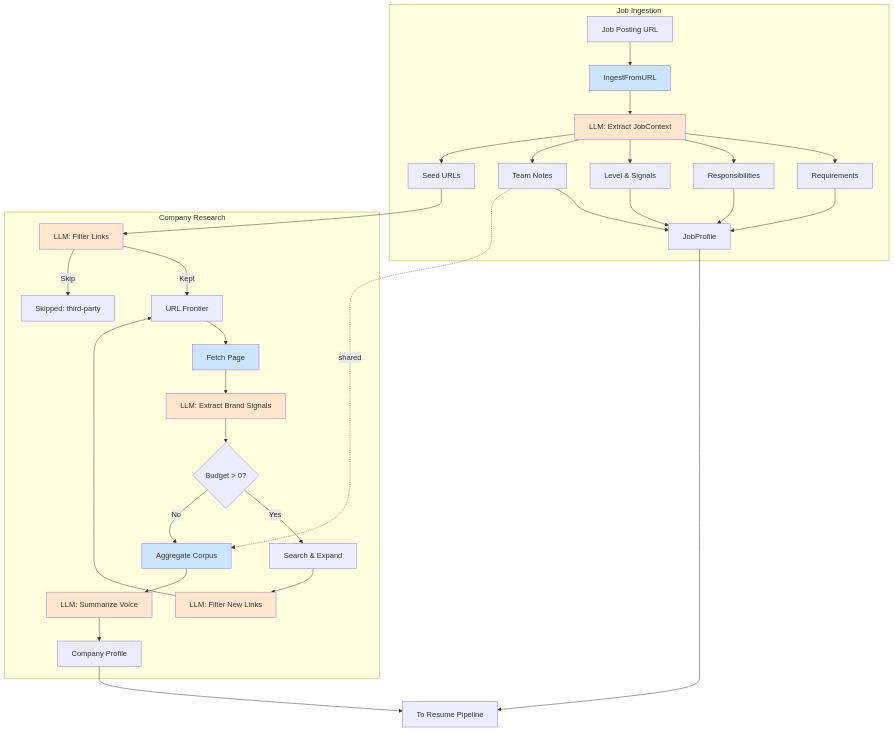
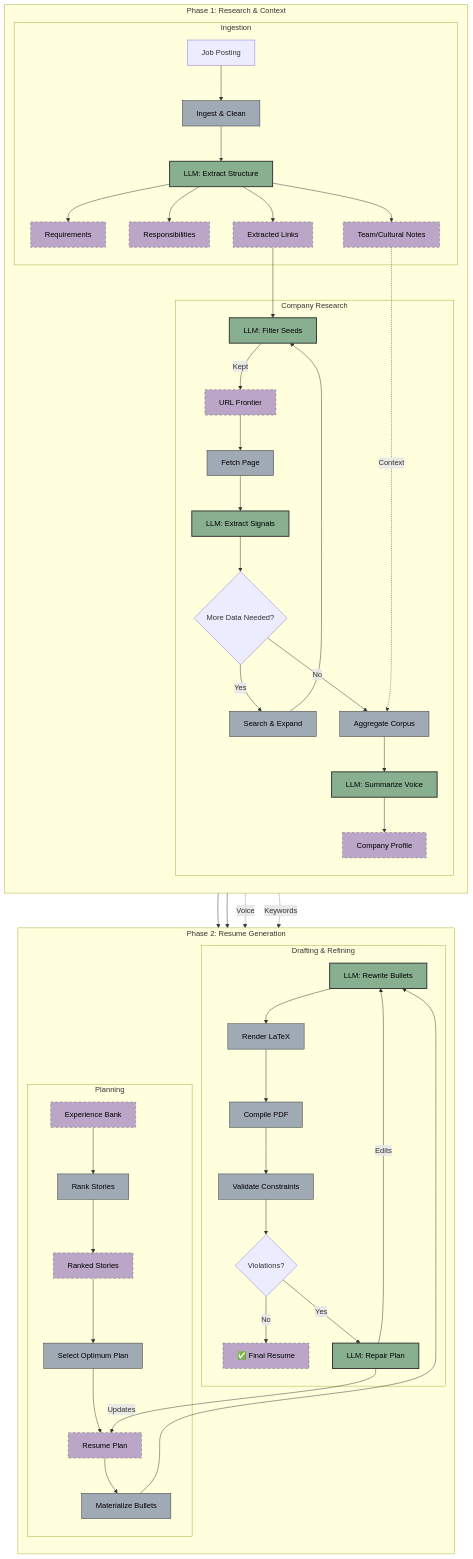
The second of 2 diagrams in README.md (jonkmatsumo/resume-customizer), drawn with Mermaid before and after one commit. The commit also changed other lines of this file and 20 other files, not shown here.

Commit message:
replace hardcoded seed with LLM inference

````diff
--- a/README.md
+++ b/README.md
@@ -97,49 +92,75 @@
 ```mermaid
 flowchart TD
-    subgraph "Job Ingestion"
-        A[Job Posting URL] --> B[IngestFromURL]
-        B --> C[LLM: Extract JobContext]
+    %% ---------------- RESEARCH SUBSYSTEM ----------------
+    subgraph "Phase 1: Research & Context"
+        direction TB
         
-        C --> D[Requirements]
-        C --> E[Responsibilities]
-        C --> F[Level & Signals]
-        C --> T[Team Notes]
-        C --> S[Seed URLs]
+        subgraph "Ingestion"
+            A[Job Posting] --> B[Ingest & Clean]
+            B --> C[LLM: Extract Structure]
+            C --> D[Requirements]
+            C --> E[Responsibilities]
+            C --> T[Team/Cultural Notes]
+            C --> S[Extracted Links]
+        end
         
-        D --> JP[JobProfile]
-        E --> JP
-        F --> JP
-        T --> JP
+        subgraph "Company Research"
+            S --> FL[LLM: Filter Seeds]
+            FL -->|Kept| FR[URL Frontier]
+            
+            FR --> FE[Fetch Page]
+            FE --> EX[LLM: Extract Signals]
+            EX --> BG{More Data Needed?}
+            
+            BG -->|Yes| SE[Search & Expand]
+            SE --> FL
+            BG -->|No| AG[Aggregate Corpus]
+            
+            T -.->|Context| AG
+            AG --> SV[LLM: Summarize Voice]
+            SV --> CP[Company Profile]
+        end
+    end
+
+    %% ---------------- GENERATION SUBSYSTEM ----------------
+    subgraph "Phase 2: Resume Generation"
+        direction TB
+        
+        subgraph "Planning"
+            EXP[Experience Bank] --> RK[Rank Stories]
+            D --> RK
+            E --> RK
+            RK --> RS[Ranked Stories]
+            
+            RS --> SP[Select Optimum Plan]
+            SP --> PLAN[Resume Plan]
+            PLAN --> MAT[Materialize Bullets]
+        end
+        
+        subgraph "Drafting & Refining"
+            MAT --> RW[LLM: Rewrite Bullets]
+            CP -.->|Voice| RW
+            D -.->|Keywords| RW
+            
+            RW --> TEX[Render LaTeX]
+            TEX --> PDF[Compile PDF]
+            PDF --> VAL[Validate Constraints]
+            
+            VAL --> VIO{Violations?}
+            VIO -->|No| FIN[✅ Final Resume]
+            VIO -->|Yes| RL[LLM: Repair Plan]
+            
+            RL -->|Updates| PLAN
+            RL -->|Edits| RW
+        end
     end
     
-    subgraph "Company Research"
-        S --> FL[LLM: Filter Links]
-        FL -->|Kept| FR[URL Frontier]
-        FL -->|Skip| SK[Skipped: third-party]
-        
-        FR --> FE[Fetch Page]
-        FE --> EX[LLM: Extract Brand Signals]
-        EX --> BG{Budget > 0?}
-        BG -->|Yes| SE[Search & Expand]
-        SE --> FL2[LLM: Filter New Links]
-        FL2 --> FR
-        BG -->|No| AG[Aggregate Corpus]
-        
-        T -.->|shared| AG
-        AG --> SV[LLM: Summarize Voice]
-        SV --> CP[Company Profile]
-    end
+    %% Styling - Mid-tone Neutrals
+    classDef llm fill:#88b090,stroke:#333,stroke-width:2px,color:#000;
+    classDef tool fill:#a0aab5,stroke:#333,stroke-width:1px,color:#000;
+    classDef data fill:#bba6c7,stroke:#666,stroke-width:1px,stroke-dasharray: 5 5,color:#000;
     
-    JP --> OUT[To Resume Pipeline]
-    CP --> OUT
-    
-    style C fill:#ffe6cc
-    style FL fill:#ffe6cc
-    style FL2 fill:#ffe6cc
-    style EX fill:#ffe6cc
-    style SV fill:#ffe6cc
-    
-    style B fill:#cce5ff
-    style FE fill:#cce5ff
-    style AG fill:#cce5ff
+    class C,FL,EX,SV,RW,RL llm;
+    class B,FE,SE,AG,RK,SP,MAT,TEX,PDF,VAL tool;
+    class D,E,T,S,FR,CP,EXP,RS,PLAN,FIN data;
 ```
````
